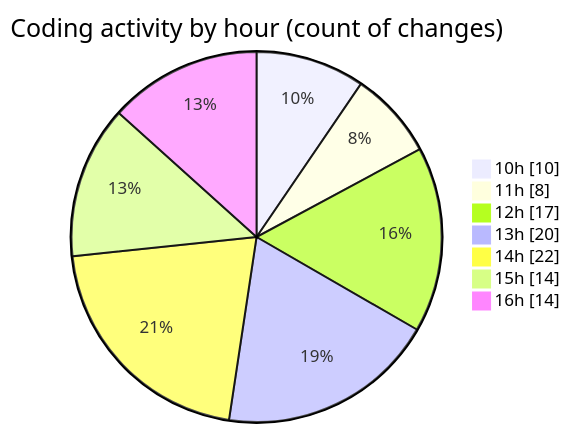
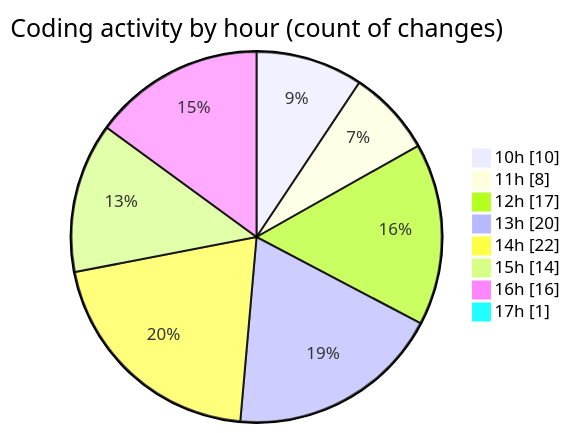
Before and after one commit to momahboobian/code-tracking: the second of 2 diagrams in 2025-12-03/cda/README.md, drawn with Mermaid. The commit also changed other lines of this file and 1 other file, not shown here.

````diff
--- a/2025-12-03/cda/README.md
+++ b/2025-12-03/cda/README.md
@@ -44,11 +44,12 @@
 ```mermaid
 pie showData
 title Coding activity by hour (count of changes)
 "10h" : 10
 "11h" : 8
 "12h" : 17
 "13h" : 20
 "14h" : 22
 "15h" : 14
-"16h" : 14
+"16h" : 16
+"17h" : 1
 ```
````
